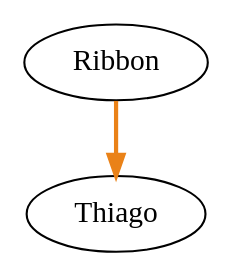
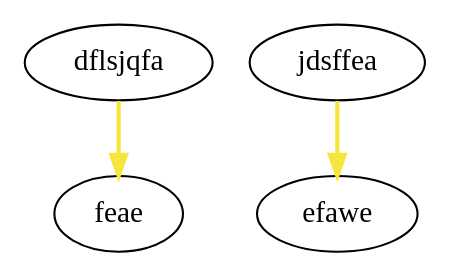
One commit to piearty/The-Veil-map changed the diagram in test.dot. Above: the diagram before and after it, drawn with Graphviz. The commit also changed 4 other files, not shown here.

```diff
--- a/test.dot
+++ b/test.dot
@@ -1,14 +1,26 @@
 digraph {
-	graph [bb="0,0,76.693,108"];
+	graph [bb="0,0,164.44,108"];
 	node [label="\N"];
-	Ribbon	 [height=0.5,
+	dflsjqfa	 [height=0.5,
 		pos="38.347,90",
 		width=1.0652];
-	Thiago	 [height=0.5,
+	feae	 [height=0.5,
 		pos="38.347,18",
-		width=1.011];
-	Ribbon -> Thiago [key="key=627661",
-	color="#ea8218",
+		width=0.75];
+	dflsjqfa -> feae [key="key=202494",
+	arrowhead=normal,
+	color="#f6e53d",
 	pos="e,38.347,36.104 38.347,71.697 38.347,63.983 38.347,54.712 38.347,46.112",
 	style=bold];
+jdsffea [height=0.5,
+	pos="129.35,90",
+	width=0.97491];
+efawe [height=0.5,
+	pos="129.35,18",
+	width=0.88464];
+jdsffea -> efawe [key="key=465701",
+arrowhead=normal,
+color="#f6e53d",
+pos="e,129.35,36.104 129.35,71.697 129.35,63.983 129.35,54.712 129.35,46.112",
+style=bold];
 }
```
